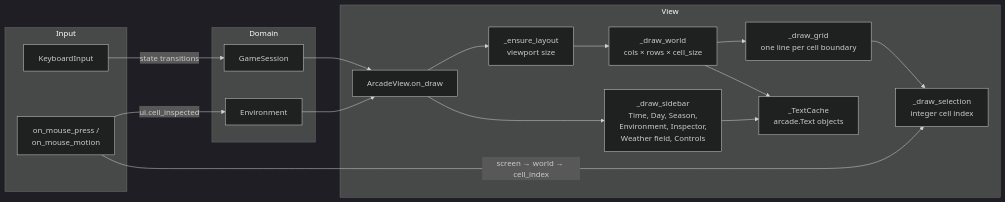
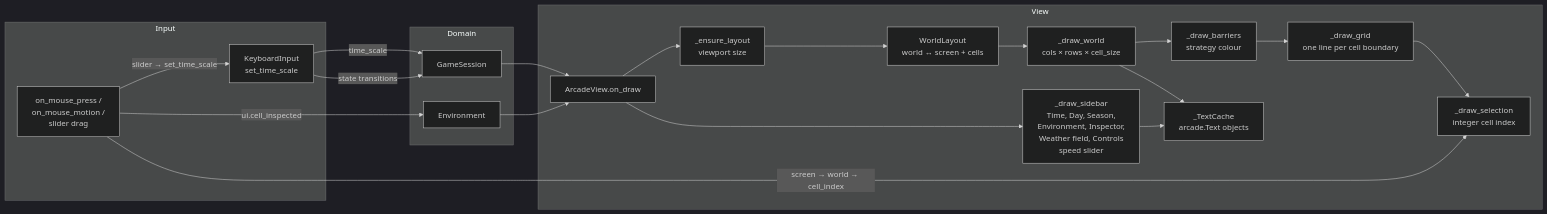
The fifth of 9 diagrams in diagrams.md (m-rossini/bns), drawn with Mermaid (dark theme) before and after one commit. The commit also changed other lines of this file and 3 other files, not shown here.

First line of the commit message:
docs: align README, spec, diagrams, TODO with barrier/climate/render changes

````diff
--- a/diagrams.md
+++ b/diagrams.md
@@ -377,32 +454,36 @@
 ```mermaid
 flowchart LR
     subgraph Domain
         S[GameSession]
         E[Environment]
     end
 
     subgraph View
         V[ArcadeView.on_draw]
         L[_ensure_layout<br/>viewport size]
+        WL[WorldLayout<br/>world ↔ screen + cells]
         W[_draw_world<br/>cols × rows × cell_size]
+        BAR[_draw_barriers<br/>strategy colour]
         G[_draw_grid<br/>one line per cell boundary]
         SEL[_draw_selection<br/>integer cell index]
-        SB[_draw_sidebar<br/>Time, Day, Season,<br/>Environment, Inspector,<br/>Weather field, Controls]
+        SB[_draw_sidebar<br/>Time, Day, Season,<br/>Environment, Inspector,<br/>Weather field, Controls<br/>speed slider]
         TX[_TextCache<br/>arcade.Text objects]
     end
 
     subgraph Input
-        K[KeyboardInput]
-        MOUSE[on_mouse_press /<br/>on_mouse_motion]
+        K[KeyboardInput<br/>set_time_scale]
+        MOUSE[on_mouse_press /<br/>on_mouse_motion /<br/>slider drag]
     end
 
     S --> V
     E --> V
-    V --> L --> W --> G --> SEL
+    V --> L --> WL --> W --> BAR --> G --> SEL
     V --> SB
     W --> TX
     SB --> TX
     MOUSE -->|screen → world → cell_index| SEL
+    MOUSE -->|slider → set_time_scale| K
+    K -->|time_scale| S
     MOUSE -->|ui.cell_inspected| E
     K -->|state transitions| S
 ```
````
